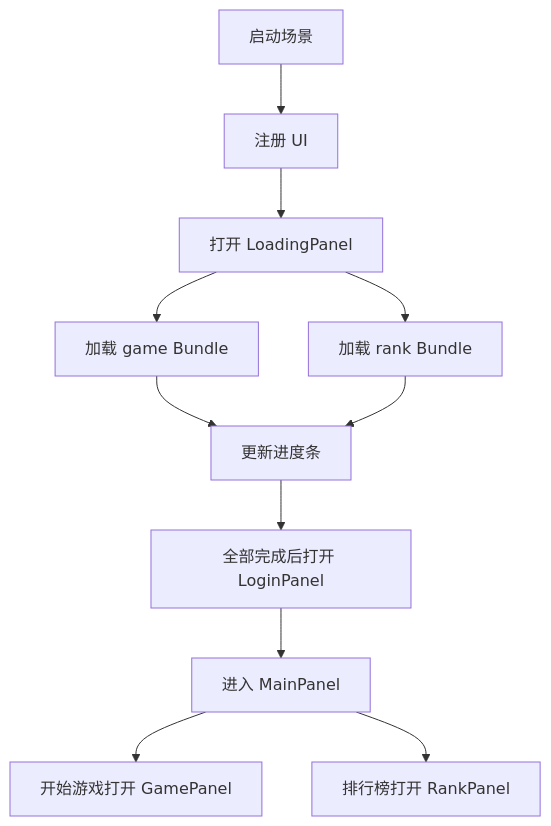
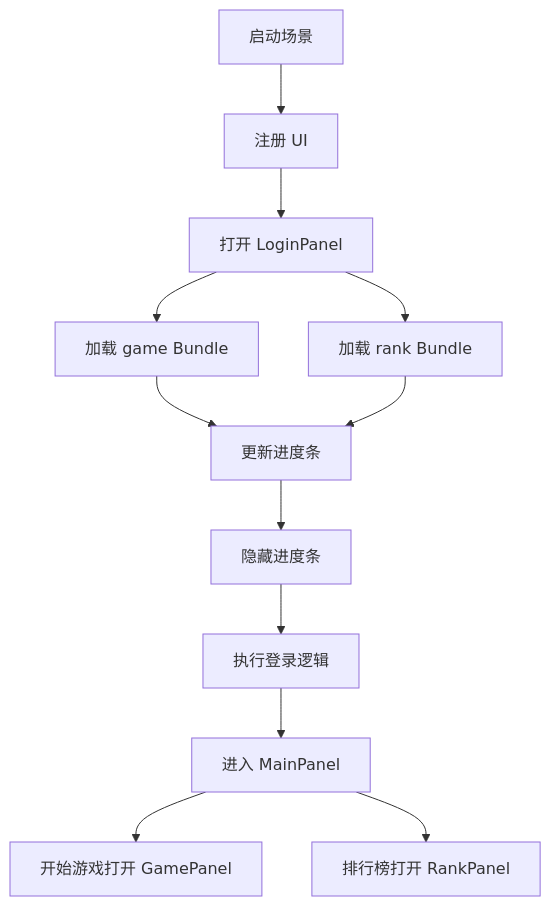
One commit to MiniGamesStudio/MiniGameArrow changed the diagram in docs/小游戏业务分包实施方案.md. Above: the diagram before and after it, drawn with Mermaid. The commit also changed other lines of this file and 27 other files, not shown here.

````diff
--- a/docs/小游戏业务分包实施方案.md
+++ b/docs/小游戏业务分包实施方案.md
@@ -57,13 +57,14 @@
 ```mermaid
 flowchart TD
     Start["启动场景"] --> RegisterUI["注册 UI"]
-    RegisterUI --> LoadingPanel["打开 LoadingPanel"]
-    LoadingPanel --> LoadGame["加载 game Bundle"]
-    LoadingPanel --> LoadRank["加载 rank Bundle"]
+    RegisterUI --> LoginPanel["打开 LoginPanel"]
+    LoginPanel --> LoadGame["加载 game Bundle"]
+    LoginPanel --> LoadRank["加载 rank Bundle"]
     LoadGame --> Progress["更新进度条"]
     LoadRank --> Progress
-    Progress --> LoginPanel["全部完成后打开 LoginPanel"]
-    LoginPanel --> MainPanel["进入 MainPanel"]
+    Progress --> HideProgress["隐藏进度条"]
+    HideProgress --> LoginFlow["执行登录逻辑"]
+    LoginFlow --> MainPanel["进入 MainPanel"]
     MainPanel --> GamePanel["开始游戏打开 GamePanel"]
     MainPanel --> RankPanel["排行榜打开 RankPanel"]
 ```
````
